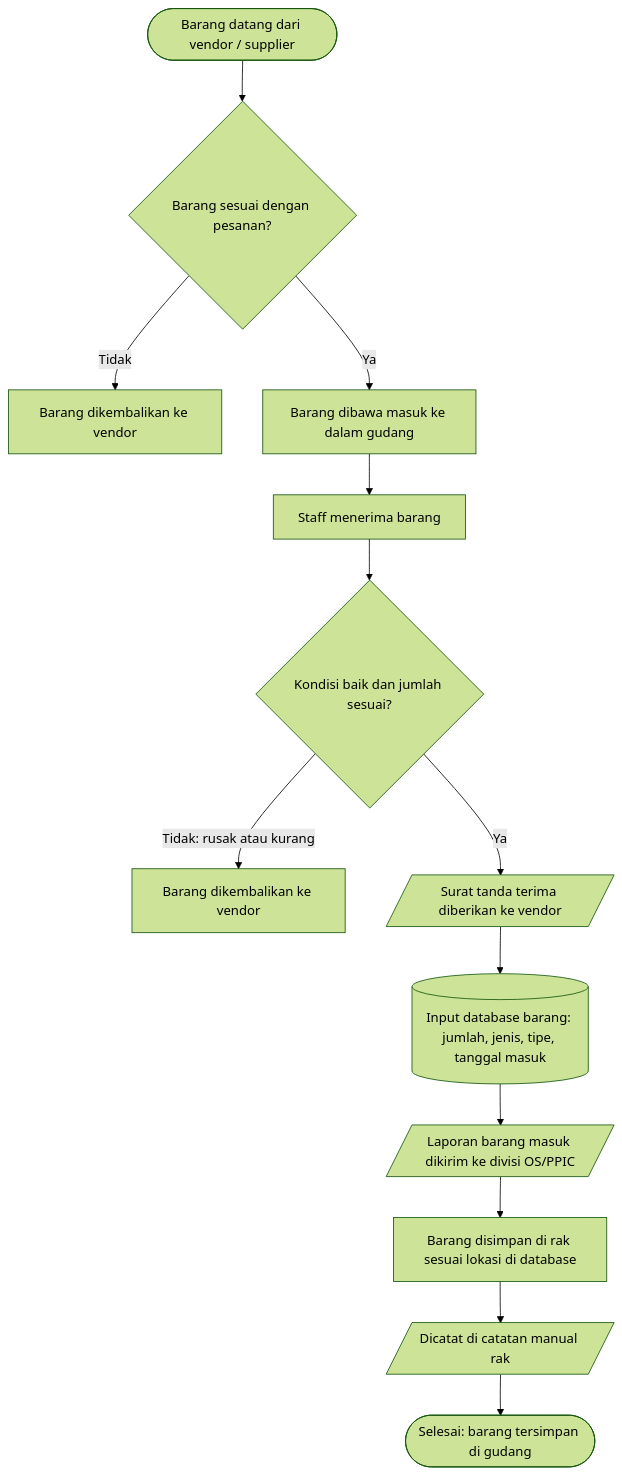
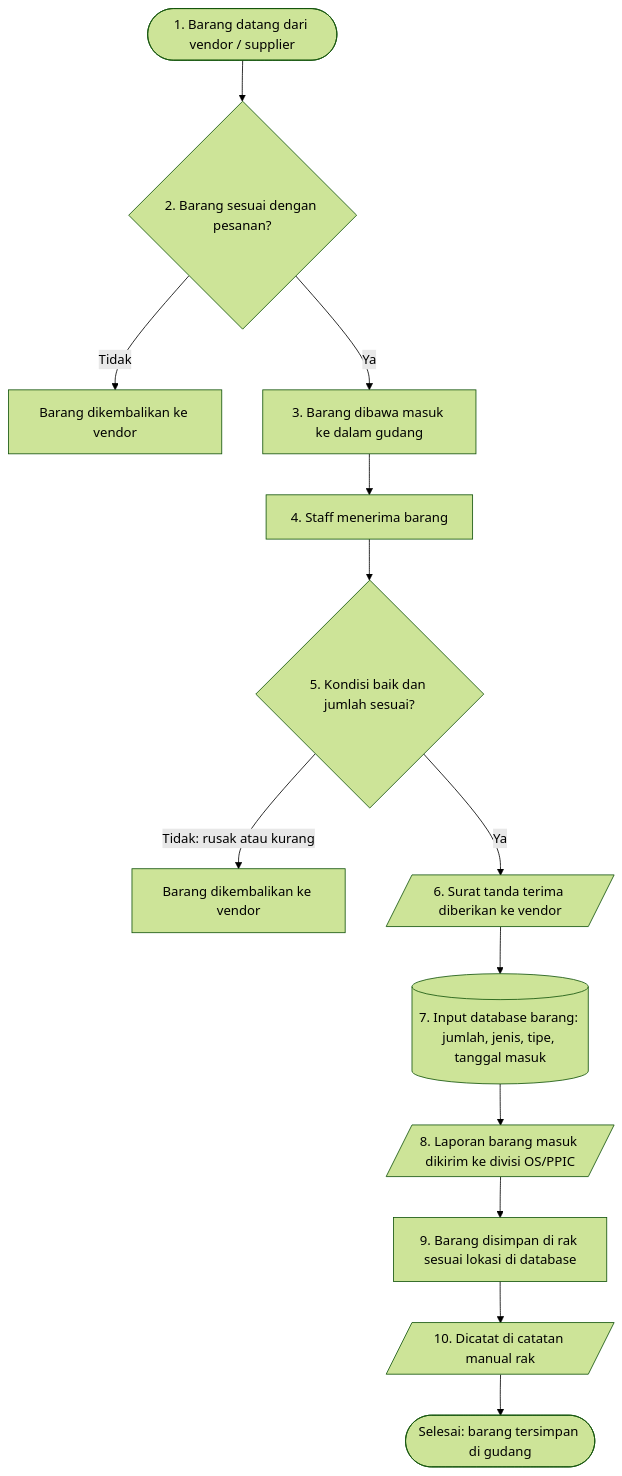
One commit to Hwarinn66/WareHouse changed the diagram in docs/alur-kerja/barang-masuk.md. Above: the diagram before and after it, drawn with Mermaid (forest theme). The commit also changed other lines of this file and 14 other files, not shown here.

First line of the commit message:
Tambah tempat foto di setiap kotak flowchart barang masuk dan keluar (v0.2.1)

````diff
--- a/docs/alur-kerja/barang-masuk.md
+++ b/docs/alur-kerja/barang-masuk.md
@@ -18,17 +18,17 @@
 ```mermaid
 flowchart TD
   accTitle: Flowchart alur barang masuk
-  accDescr: Barang datang dari vendor, dicek kesesuaiannya dengan pesanan, dibawa masuk dan diterima staff, lalu dicek kondisi dan jumlahnya. Jika lolos, surat tanda terima diberikan ke vendor, data diinput ke database, laporan dikirim ke OS/PPIC, barang disimpan di rak dan dicatat di catatan manual rak. Barang yang tidak lolos pengecekan dikembalikan ke vendor.
-  A(["Barang datang dari vendor / supplier"]):::vendor --> B{"Barang sesuai dengan pesanan?"}:::cek
-  B -- Tidak --> R1["Barang dikembalikan ke vendor"]:::tolak
-  B -- Ya --> C["Barang dibawa masuk ke dalam gudang"]:::staff
-  C --> D["Staff menerima barang"]:::staff
-  D --> E{"Kondisi baik dan jumlah sesuai?"}:::cek
-  E -- "Tidak: rusak atau kurang" --> R2["Barang dikembalikan ke vendor"]:::tolak
-  E -- Ya --> F[/"Surat tanda terima diberikan ke vendor"/]:::dokumen
-  F --> G[("Input database barang: jumlah, jenis, tipe, tanggal masuk")]:::sistem
-  G --> H[/"Laporan barang masuk dikirim ke divisi OS/PPIC"/]:::dokumen
-  H --> I["Barang disimpan di rak sesuai lokasi di database"]:::staff
-  I --> J[/"Dicatat di catatan manual rak"/]:::dokumen
-  J --> K(["Selesai: barang tersimpan di gudang"]):::selesai
+  accDescr: 1 barang datang dari vendor, 2 dicek kesesuaiannya dengan pesanan, 3 dibawa masuk ke gudang, 4 diterima staff, 5 dicek kondisi dan jumlahnya, 6 surat tanda terima diberikan ke vendor, 7 data diinput ke database, 8 laporan dikirim ke OS/PPIC, 9 barang disimpan di rak, 10 dicatat di catatan manual rak. Barang yang tidak lolos pengecekan di langkah 2 atau 5 dikembalikan ke vendor.
+  L1(["1. Barang datang dari vendor / supplier"]):::vendor --> L2{"2. Barang sesuai dengan pesanan?"}:::cek
+  L2 -- Tidak --> T2["Barang dikembalikan ke vendor"]:::tolak
+  L2 -- Ya --> L3["3. Barang dibawa masuk ke dalam gudang"]:::staff
+  L3 --> L4["4. Staff menerima barang"]:::staff
+  L4 --> L5{"5. Kondisi baik dan jumlah sesuai?"}:::cek
+  L5 -- "Tidak: rusak atau kurang" --> T5["Barang dikembalikan ke vendor"]:::tolak
+  L5 -- Ya --> L6[/"6. Surat tanda terima diberikan ke vendor"/]:::dokumen
+  L6 --> L7[("7. Input database barang: jumlah, jenis, tipe, tanggal masuk")]:::sistem
+  L7 --> L8[/"8. Laporan barang masuk dikirim ke divisi OS/PPIC"/]:::dokumen
+  L8 --> L9["9. Barang disimpan di rak sesuai lokasi di database"]:::staff
+  L9 --> L10[/"10. Dicatat di catatan manual rak"/]:::dokumen
+  L10 --> SELESAI(["Selesai: barang tersimpan di gudang"]):::selesai
 ```
````
